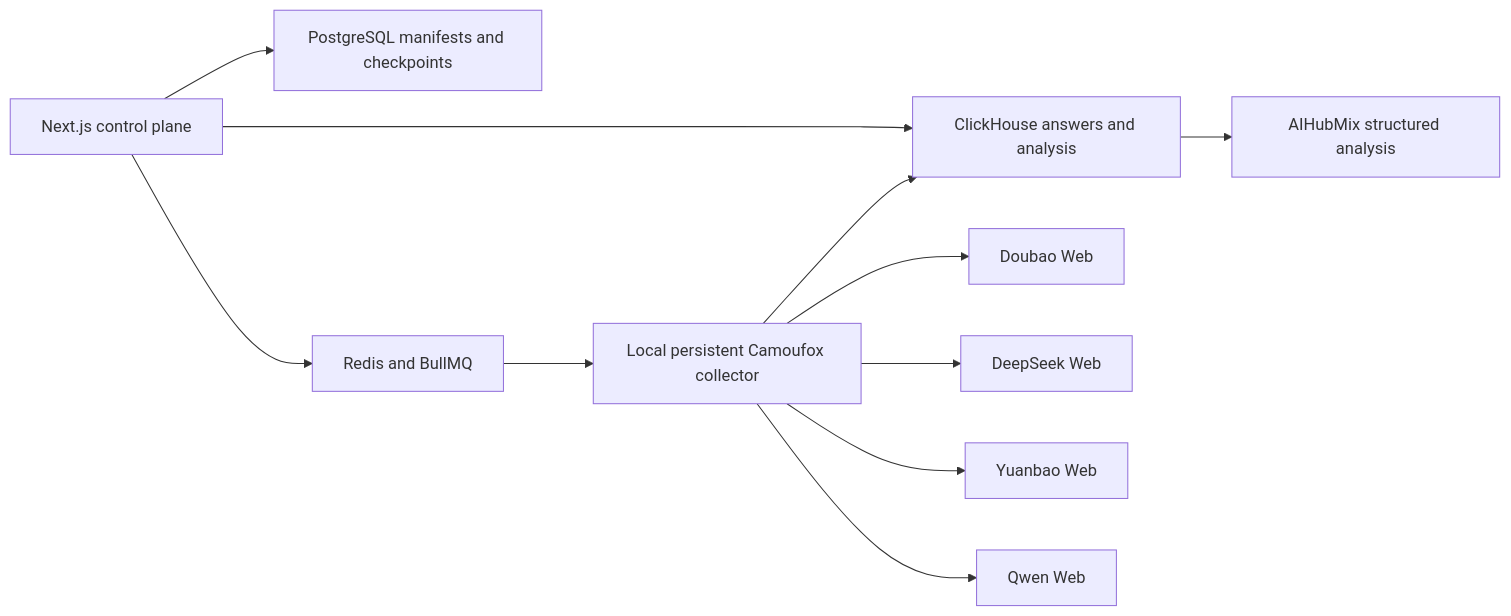
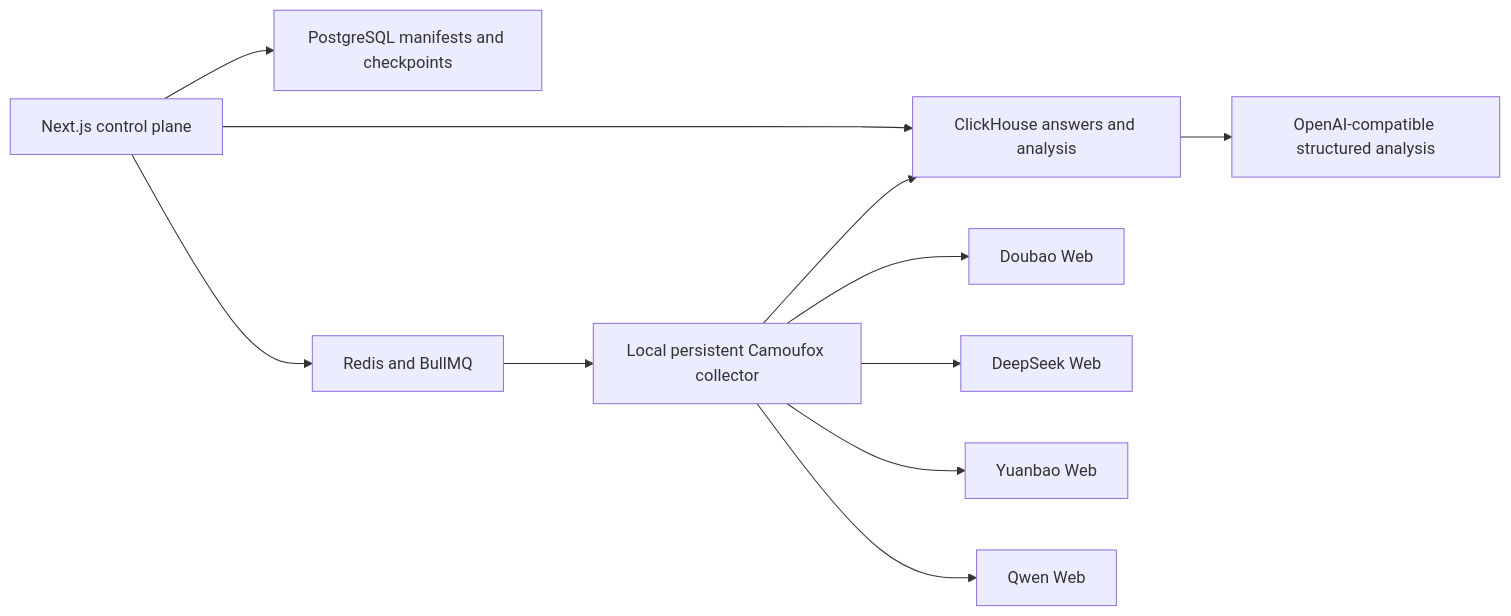
One commit to MYZ8088/anspectra changed the diagram in README.md. Above: the diagram before and after it, drawn with Mermaid. The commit also changed other lines of this file and 376 other files, not shown here.

````diff
--- a/README.md
+++ b/README.md
@@ -119,13 +117,13 @@
 ```mermaid
 flowchart LR
   UI["Next.js control plane"] --> PG["PostgreSQL manifests and checkpoints"]
   UI --> CH["ClickHouse answers and analysis"]
   UI --> R["Redis and BullMQ"]
   R --> C["Local persistent Camoufox collector"]
   C --> D["Doubao Web"]
   C --> DS["DeepSeek Web"]
   C --> Y["Yuanbao Web"]
   C --> Q["Qwen Web"]
   C --> CH
-  CH --> A["AIHubMix structured analysis"]
+  CH --> A["OpenAI-compatible structured analysis"]
 ```
````
